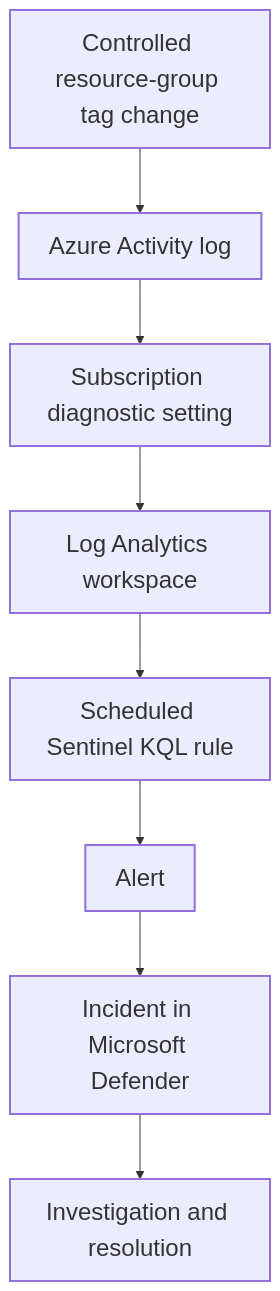
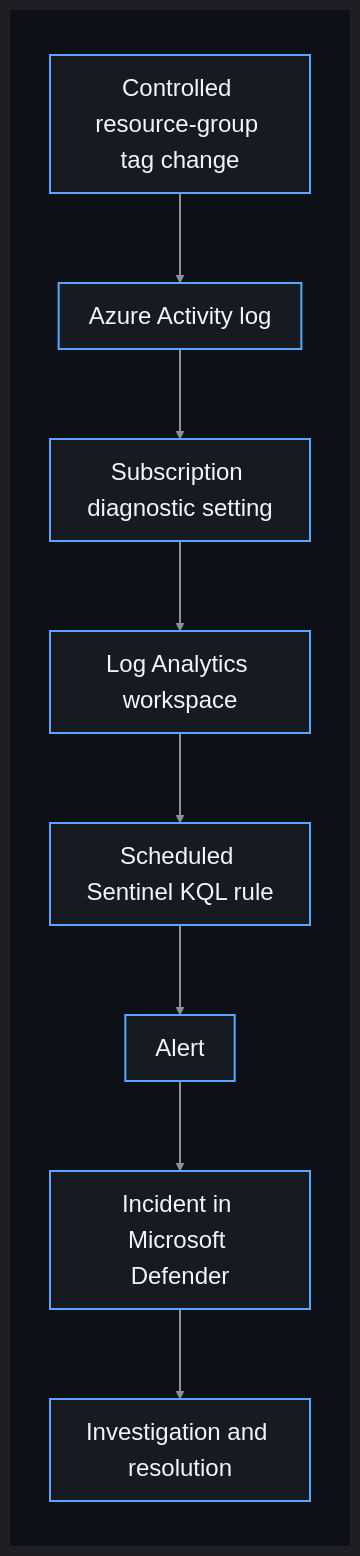
The diagram in README.md (FloresFreddyGH/azure-security-lab), drawn with Mermaid before and after one commit. The commit also changed other lines of this file, not shown here.

Commit message:
README.COM
Updated the README to enhance clarity and detail about the lab project, including the purpose and steps taken. Adjusted the architecture diagram styling for better visibility.

````diff
--- a/README.md
+++ b/README.md
@@ -26,15 +27,22 @@
 ```mermaid
-%%{init: {"themeVariables": {"fontSize": "24px"}, "flowchart": {"nodeSpacing": 60, "rankSpacing": 65}}}%%
+%%{init: {"theme": "dark", "themeVariables": {"background": "#0d1117", "fontSize": "24px"}, "flowchart": {"nodeSpacing": 60, "rankSpacing": 65}}}%%
 flowchart TB
-    A["Controlled resource-group tag change"]
-    --> B["Azure Activity log"]
-    --> C["Subscription diagnostic setting"]
-    --> D["Log Analytics workspace"]
-    --> E["Scheduled Sentinel KQL rule"]
-    --> F["Alert"]
-    --> G["Incident in Microsoft Defender"]
-    --> H["Investigation and resolution"]
+    subgraph DARK[" "]
+        direction TB
+        A["Controlled resource-group tag change"]
+        --> B["Azure Activity log"]
+        --> C["Subscription diagnostic setting"]
+        --> D["Log Analytics workspace"]
+        --> E["Scheduled Sentinel KQL rule"]
+        --> F["Alert"]
+        --> G["Incident in Microsoft Defender"]
+        --> H["Investigation and resolution"]
+    end
 
-    classDef large font-size:24px,stroke-width:2px;
-    class A,B,C,D,E,F,G,H large;
+    style DARK fill:#0d1117,stroke:#0d1117,stroke-width:0px
+
+    classDef dark fill:#161b22,color:#f0f6fc,stroke:#58a6ff,stroke-width:2px,font-size:24px;
+    class A,B,C,D,E,F,G,H dark;
+
+    linkStyle default stroke:#8b949e,stroke-width:2px;
 ```
````
